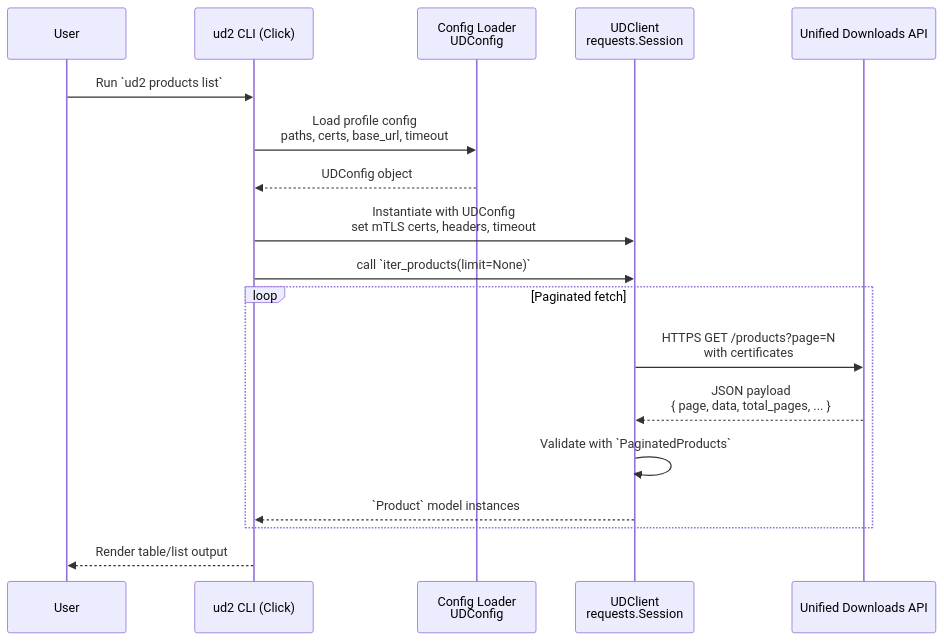
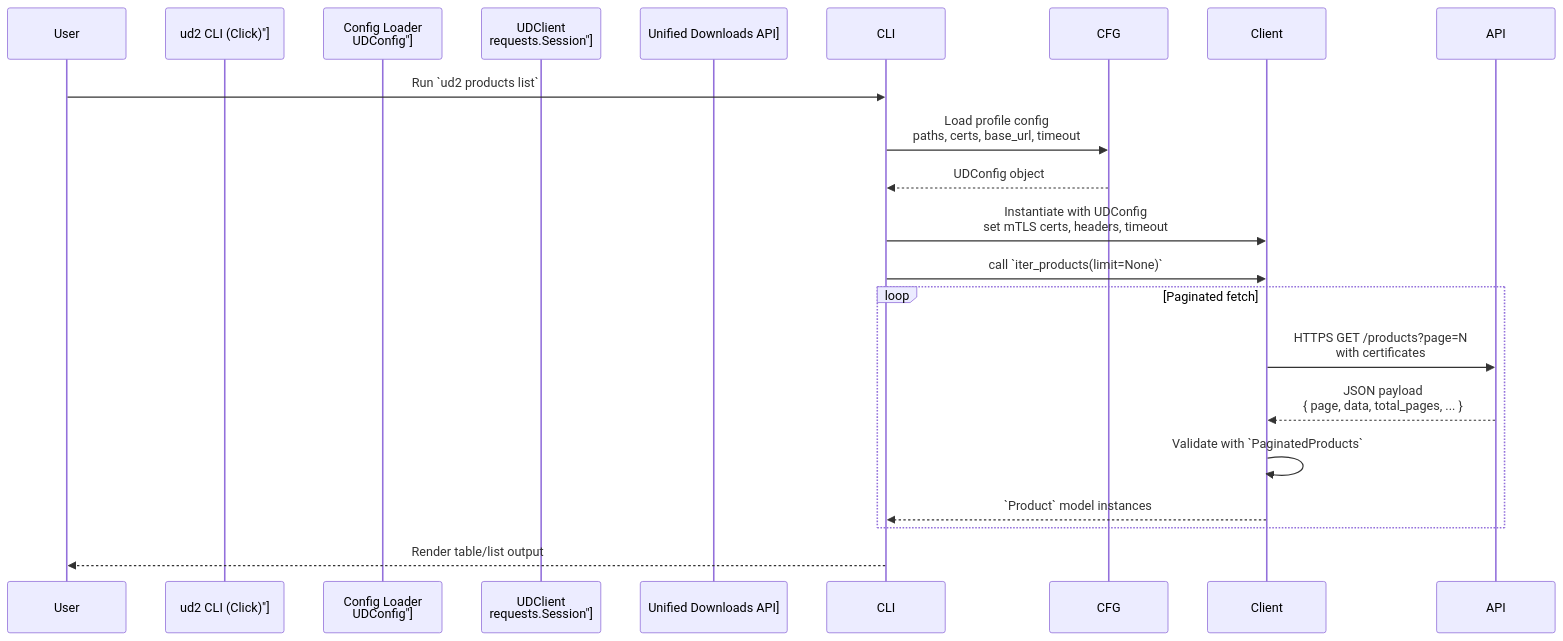
Before and after one commit to release-engineering/ud2: the diagram in docs/soa/data_flow.md, drawn with Mermaid. The commit also changed 16 other files, not shown here.

````diff
--- a/docs/soa/data_flow.md
+++ b/docs/soa/data_flow.md
@@ -5,21 +5,21 @@
 ```{mermaid}
 sequenceDiagram
     participant User
-    participant CLI as ud2 CLI (Click)
-    participant CFG as Config Loader<br/>UDConfig
-    participant Client as UDClient<br/>requests.Session
-    participant API as Unified Downloads API
+    participant ["CLI as ud2 CLI (Click)"]
+    participant ["CFG as Config Loader<br/>UDConfig"]
+    participant ["Client as UDClient<br/>requests.Session"]
+    participant [API as Unified Downloads API]
 
     User->>CLI: Run `ud2 products list`
     CLI->>CFG: Load profile config<br/>paths, certs, base_url, timeout
     CFG-->>CLI: UDConfig object
     CLI->>Client: Instantiate with UDConfig<br/>set mTLS certs, headers, timeout
     CLI->>Client: call `iter_products(limit=None)`
     loop Paginated fetch
         Client->>API: HTTPS GET /products?page=N<br/>with certificates
         API-->>Client: JSON payload<br/>{ page, data, total_pages, ... }
         Client->>Client: Validate with `PaginatedProducts`
         Client-->>CLI: `Product` model instances
     end
     CLI-->>User: Render table/list output
 ```
````
